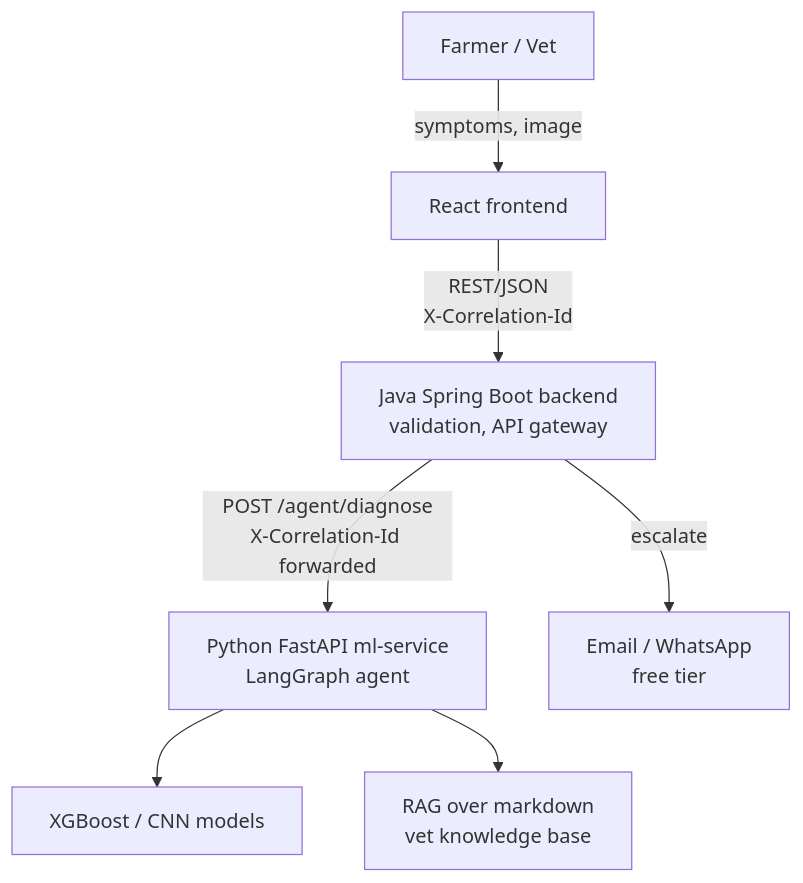
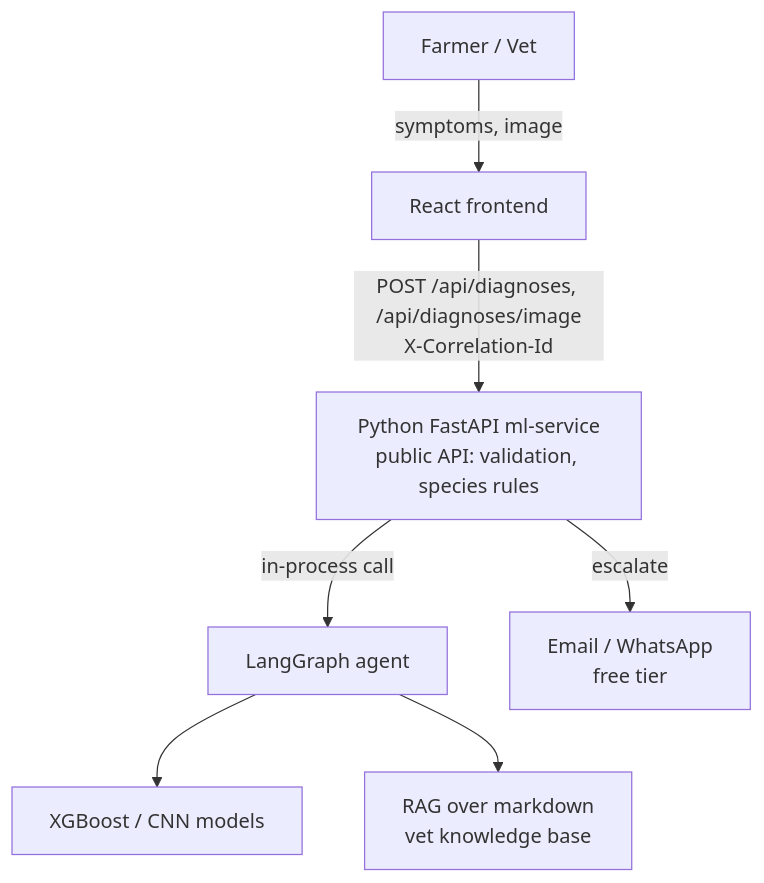
One commit to arun-codewalnut/Cattle-Disease-Prediction-System changed the first of 2 diagrams in docs/ARCHITECTURE.md. Above: the diagram before and after it, drawn with Mermaid. The commit also changed other lines of this file and 68 other files, not shown here.

````diff
--- a/docs/ARCHITECTURE.md
+++ b/docs/ARCHITECTURE.md
@@ -3,9 +3,9 @@
 ```mermaid
 flowchart TD
     U[Farmer / Vet] -->|symptoms, image| FE[React frontend]
-    FE -->|REST/JSON<br/>X-Correlation-Id| BE[Java Spring Boot backend<br/>validation, API gateway]
-    BE -->|POST /agent/diagnose<br/>X-Correlation-Id forwarded| ML[Python FastAPI ml-service<br/>LangGraph agent]
+    FE -->|POST /api/diagnoses, /api/diagnoses/image<br/>X-Correlation-Id| API[Python FastAPI ml-service<br/>public API: validation, species rules]
+    API -->|in-process call| ML[LangGraph agent]
     ML --> MODELS[XGBoost / CNN models]
     ML --> RAG[RAG over markdown<br/>vet knowledge base]
-    BE -->|escalate| NOTIFY[Email / WhatsApp<br/>free tier]
+    API -->|escalate| NOTIFY[Email / WhatsApp<br/>free tier]
 ```
````
